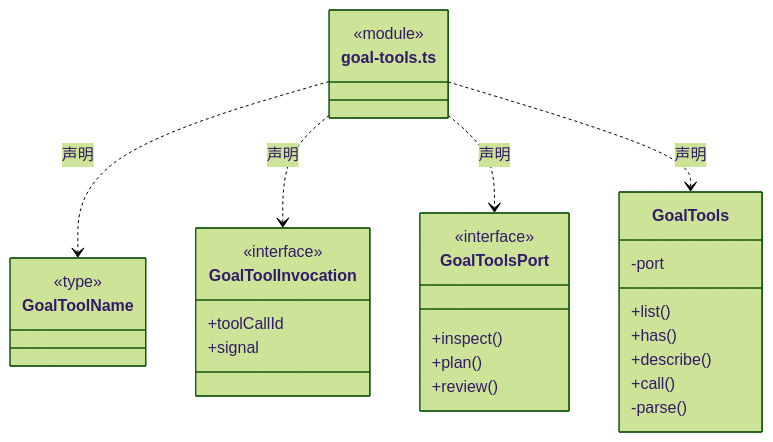
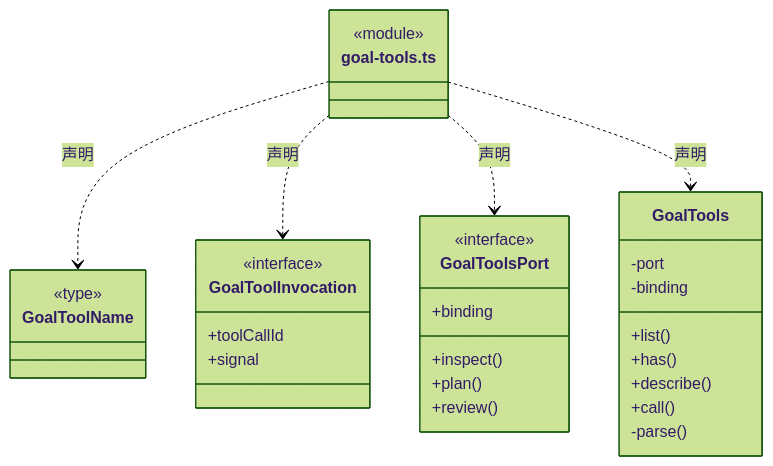
The second of 10 diagrams in src/backend/scheduler-engine/tools/ARCHITECTURE.md (nan023062/cbim), drawn with Mermaid (forest theme) before and after one commit. The commit also changed other lines of this file and 33 other files, not shown here.

````diff
--- a/src/backend/scheduler-engine/tools/ARCHITECTURE.md
+++ b/src/backend/scheduler-engine/tools/ARCHITECTURE.md
@@ -66,33 +69,35 @@
 ```mermaid
 classDiagram
 class N_src_backend_scheduler_engine_tools_goal_tools_ts["goal-tools.ts"] {
   <<module>>
 }
 class N_src_backend_scheduler_engine_tools_goal_tools_ts_GoalToolName["GoalToolName"] {
   <<type>>
 
 }
 N_src_backend_scheduler_engine_tools_goal_tools_ts ..> N_src_backend_scheduler_engine_tools_goal_tools_ts_GoalToolName : 声明
 class N_src_backend_scheduler_engine_tools_goal_tools_ts_GoalToolInvocation["GoalToolInvocation"] {
   <<interface>>
   +toolCallId
   +signal
 }
 N_src_backend_scheduler_engine_tools_goal_tools_ts ..> N_src_backend_scheduler_engine_tools_goal_tools_ts_GoalToolInvocation : 声明
 class N_src_backend_scheduler_engine_tools_goal_tools_ts_GoalToolsPort["GoalToolsPort"] {
   <<interface>>
+  +binding
   +inspect()
   +plan()
   +review()
 }
 N_src_backend_scheduler_engine_tools_goal_tools_ts ..> N_src_backend_scheduler_engine_tools_goal_tools_ts_GoalToolsPort : 声明
 class N_src_backend_scheduler_engine_tools_goal_tools_ts_GoalTools["GoalTools"] {
   +list()
   +has()
   +describe()
   +call()
   -port
+  -binding
   -parse()
 }
 N_src_backend_scheduler_engine_tools_goal_tools_ts ..> N_src_backend_scheduler_engine_tools_goal_tools_ts_GoalTools : 声明
 ```
````
